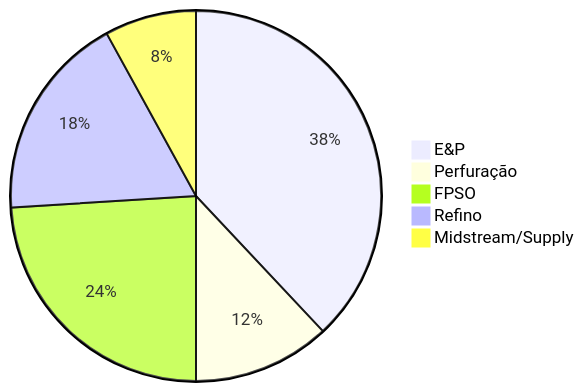
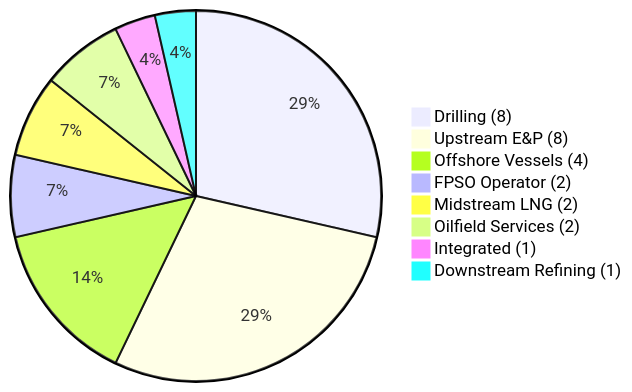
Before and after one commit to wonder-dmercadal/PublicReports: the third of 6 diagrams in AnaliseMercado.md, drawn with Mermaid. The commit also changed other lines of this file, not shown here.

````diff
--- a/AnaliseMercado.md
+++ b/AnaliseMercado.md
@@ -55,8 +45,12 @@
 ```mermaid
 pie
-    "E&P" : 38
-    "Perfuração" : 12
-    "FPSO" : 24
-    "Refino" : 18
-    "Midstream/Supply" : 8
+   
+    "Drilling (8)" : 8
+    "Upstream E&P (8)" : 8
+    "Offshore Vessels (4)" : 4
+    "FPSO Operator (2)" : 2
+    "Midstream LNG (2)" : 2
+    "Oilfield Services (2)" : 2
+    "Integrated (1)" : 1
+    "Downstream Refining (1)" : 1
 ```
````
